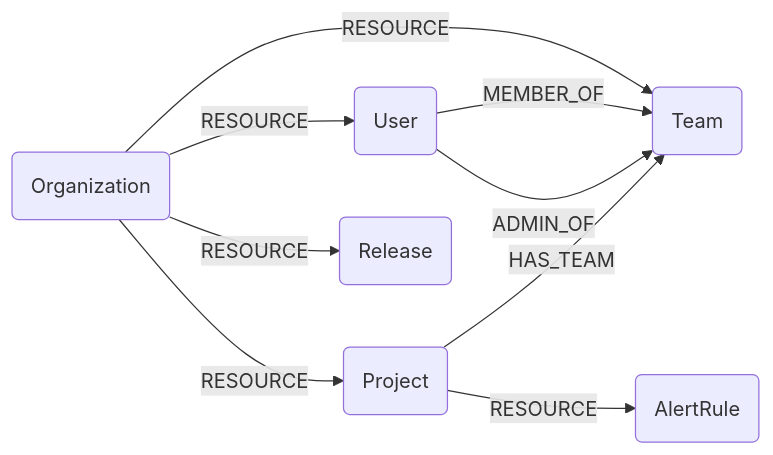
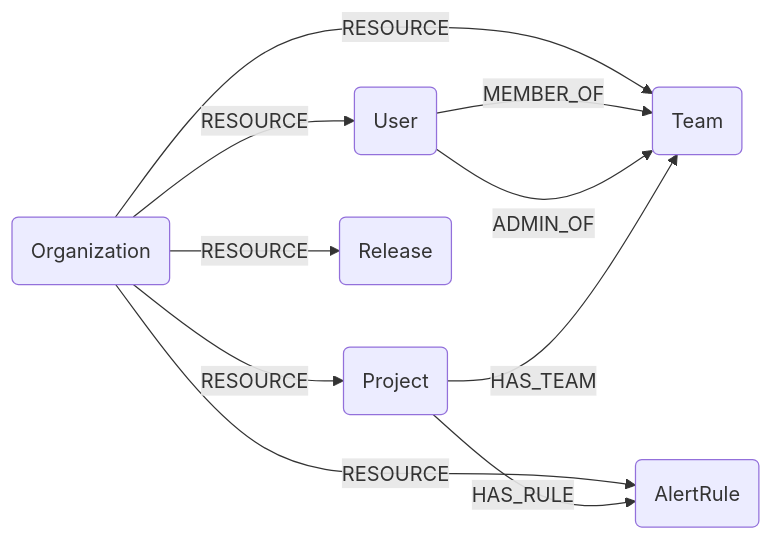
Before and after one commit to cartography-cncf/cartography: the diagram in docs/root/modules/sentry/schema.md, drawn with Mermaid. The commit also changed other lines of this file and 6 other files, not shown here.

First line of the commit message:
fix(sentry): scope release IDs to org and fix alert rule orphan cleanup

````diff
--- a/docs/root/modules/sentry/schema.md
+++ b/docs/root/modules/sentry/schema.md
@@ -3,11 +3,12 @@
 ```mermaid
 graph LR
 O(Organization) -- RESOURCE --> T(Team)
 O -- RESOURCE --> U(User)
 O -- RESOURCE --> P(Project)
 O -- RESOURCE --> R(Release)
-P -- RESOURCE --> A(AlertRule)
+O -- RESOURCE --> A(AlertRule)
+P -- HAS_RULE --> A
 U -- MEMBER_OF --> T
 U -- ADMIN_OF --> T
 P -- HAS_TEAM --> T
 ```
````
